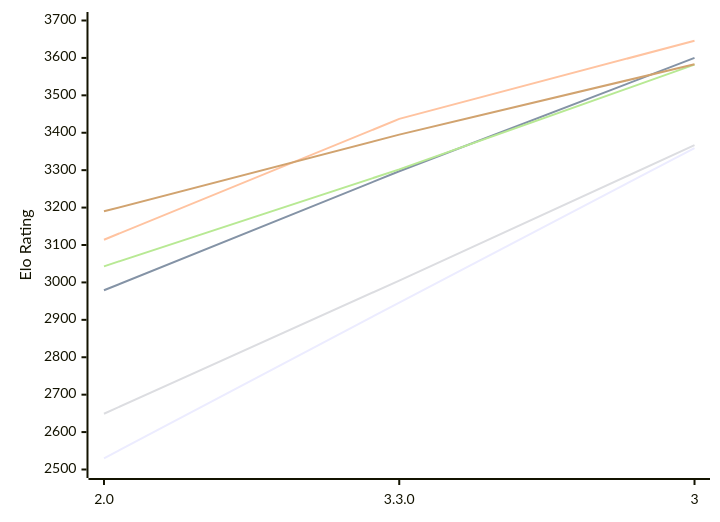
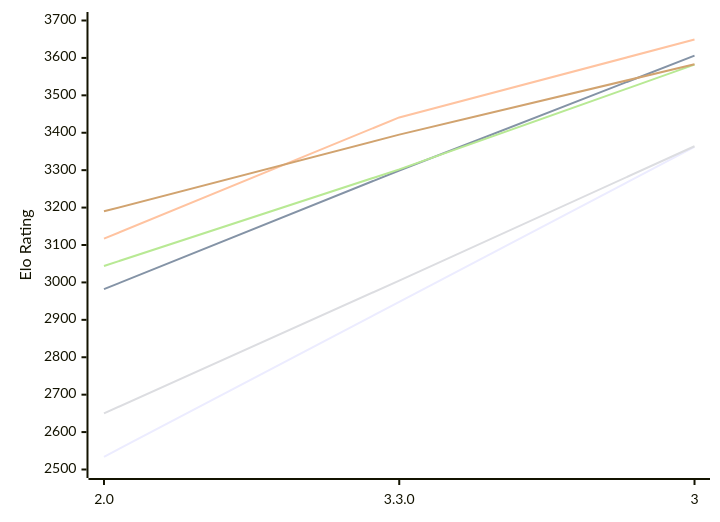
The diagram in engines/Ravager.md (computer-chess-index/cci), drawn with Mermaid before and after one commit. The commit also changed other lines of this file, not shown here.

Commit message:
Update CCI Ratings (ELO VLTC) - 2026-11-22

````diff
--- a/engines/Ravager.md
+++ b/engines/Ravager.md
@@ -51,12 +51,12 @@
 ```mermaid
 %%{init: {"theme":"base","themeVariables":{"seriesColors:['#a3a3a3','#222221','#faa371']}}}%%
 xychart-beta
   x-axis ["2.0", "3.3.0", "3"]
   y-axis "Elo Rating" 2500 --> 3700
-  line "E1: STC (8.0+0.08s)" [2530, 2946, 3359]
-  line "E1: LTC (60.0+0.60s)" [2979, 3297, 3600]
-  line "E1: VLTC (2m24s+1.12s)" [3114, 3437, 3646]
-  line "P1: STC (8.0+0.08s)" [2649, 3005, 3367]
-  line "P1: LTC (60.0+0.60s)" [3043, 3302, 3582]
+  line "E1: STC (8.0+0.08s)" [2534, 2948, 3362]
+  line "E1: LTC (60.0+0.60s)" [2982, 3299, 3606]
+  line "E1: VLTC (2m24s+1.12s)" [3117, 3441, 3649]
+  line "P1: STC (8.0+0.08s)" [2650, 3005, 3364]
+  line "P1: LTC (60.0+0.60s)" [3044, 3302, 3582]
   line "P1: VLTC (2m24s+1.12s)" [3190, 3395, 3583]
 ```
````
